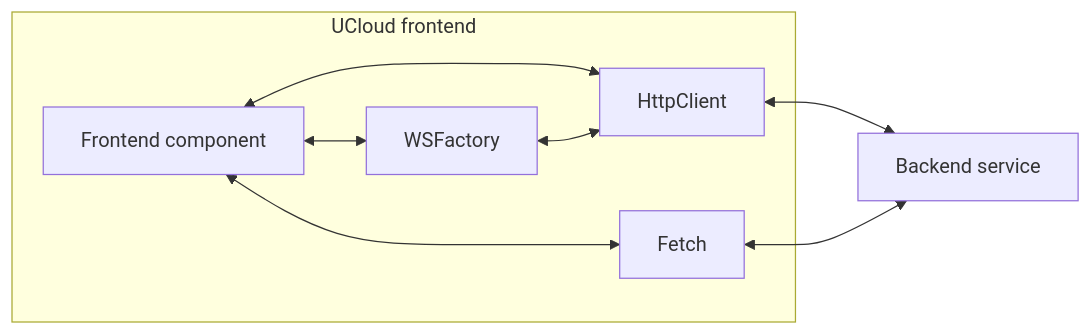
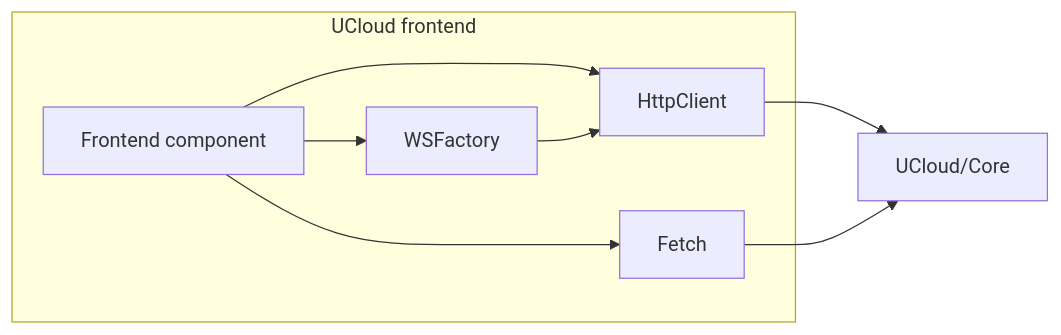
One commit to SDU-eScience/UCloud changed the diagram in provider-integration/im2/docs/src/dev/frontend/network-calls.md. Above: the diagram before and after it, drawn with Mermaid.

Commit message:
Updates as per comments

````diff
--- a/provider-integration/im2/docs/src/dev/frontend/network-calls.md
+++ b/provider-integration/im2/docs/src/dev/frontend/network-calls.md
@@ -11,15 +11,15 @@
 ```mermaid
 flowchart LR
     subgraph frontend["UCloud frontend"]
         A["Frontend component"]:::diagram-external-ucloud
-        A <--> C["HttpClient"]:::diagram-external-ucloud
-        A <--> B["WSFactory"]:::diagram-external-ucloud
-        A <--> D["Fetch"]:::diagram-external-ucloud
+        A --> C["HttpClient"]:::diagram-external-ucloud
+        A --> B["WSFactory"]:::diagram-external-ucloud
+        A --> D["Fetch"]:::diagram-external-ucloud
     end
-    E["Backend service"]:::diagram-external-ucloud
-    C <--> E
-    D <--> E
-    B <--> C
+    E["UCloud/Core"]:::diagram-external-ucloud
+    C --> E
+    D --> E
+    B --> C
     
     class frontend diagram-external-window
 ```
````
